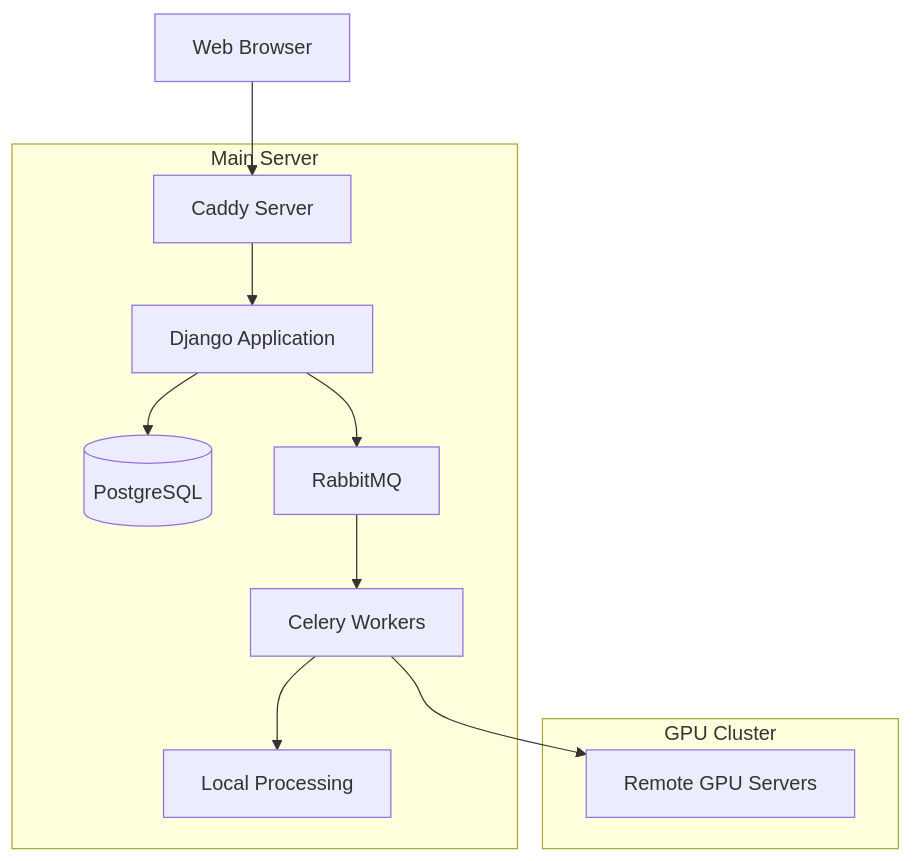
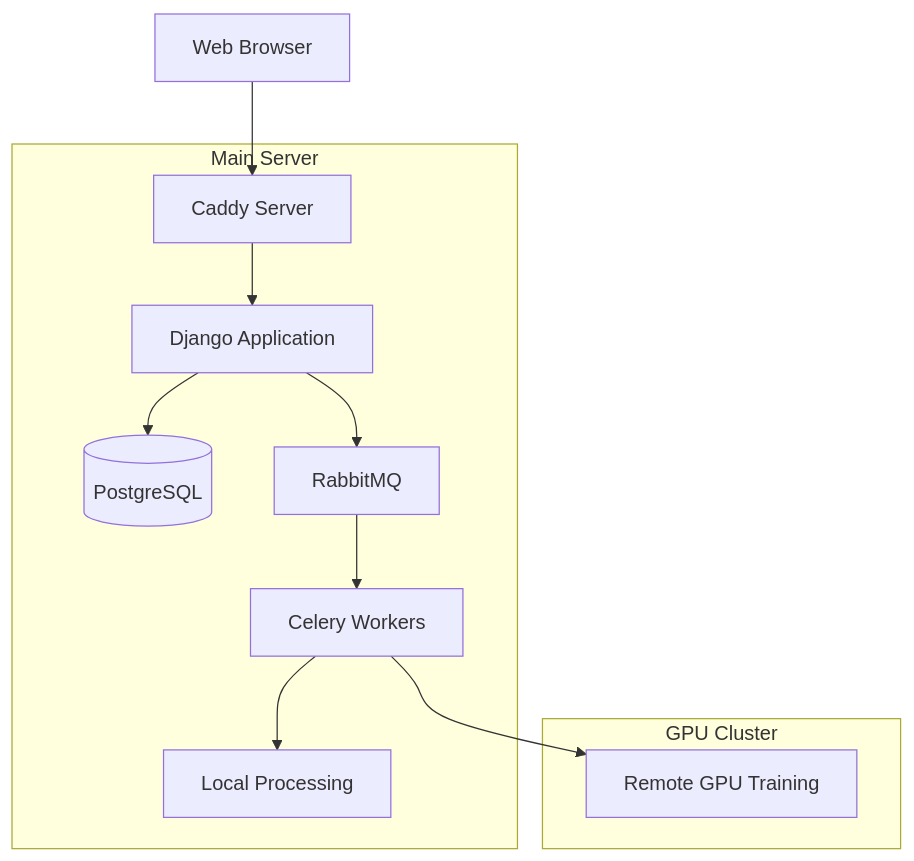
Before and after one commit to frontierbio-tech/frontierbio-tech.github.io: the second of 4 diagrams in studio.md, drawn with Mermaid. The commit also changed other lines of this file, not shown here.

````diff
--- a/studio.md
+++ b/studio.md
@@ -114,23 +114,23 @@
 ```mermaid
 graph TB
     Client[Web Browser] --> Caddy[Caddy Server]
     Caddy --> Django[Django Application]
     Django --> DB[(PostgreSQL)]
     Django --> RMQ[RabbitMQ]
     RMQ --> Celery[Celery Workers]
     Celery --> LocalProcess[Local Processing]
-    Celery --> RemoteGPU[Remote GPU Servers]
+    Celery --> RemoteGPU[Remote GPU Training]
     
     subgraph "Main Server"
         Caddy
         Django
         DB
         RMQ
         Celery
         LocalProcess
     end
     
     subgraph "GPU Cluster"
         RemoteGPU
     end
 ```
````
